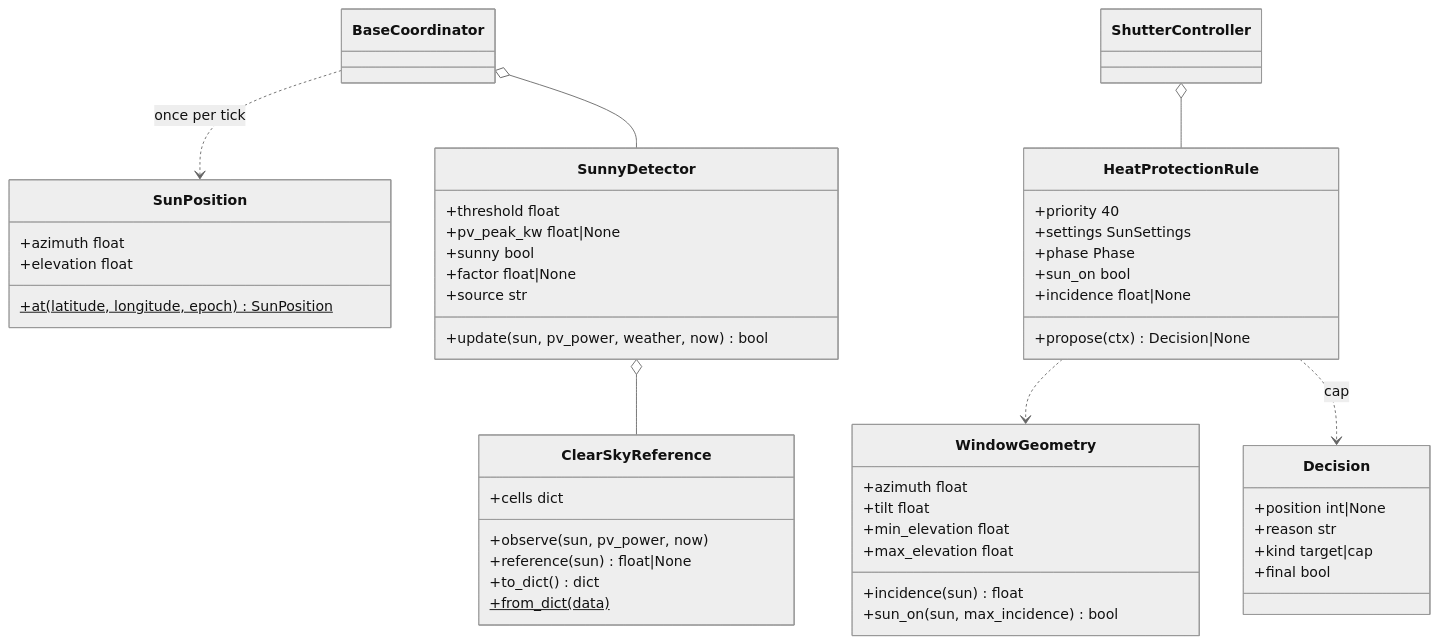
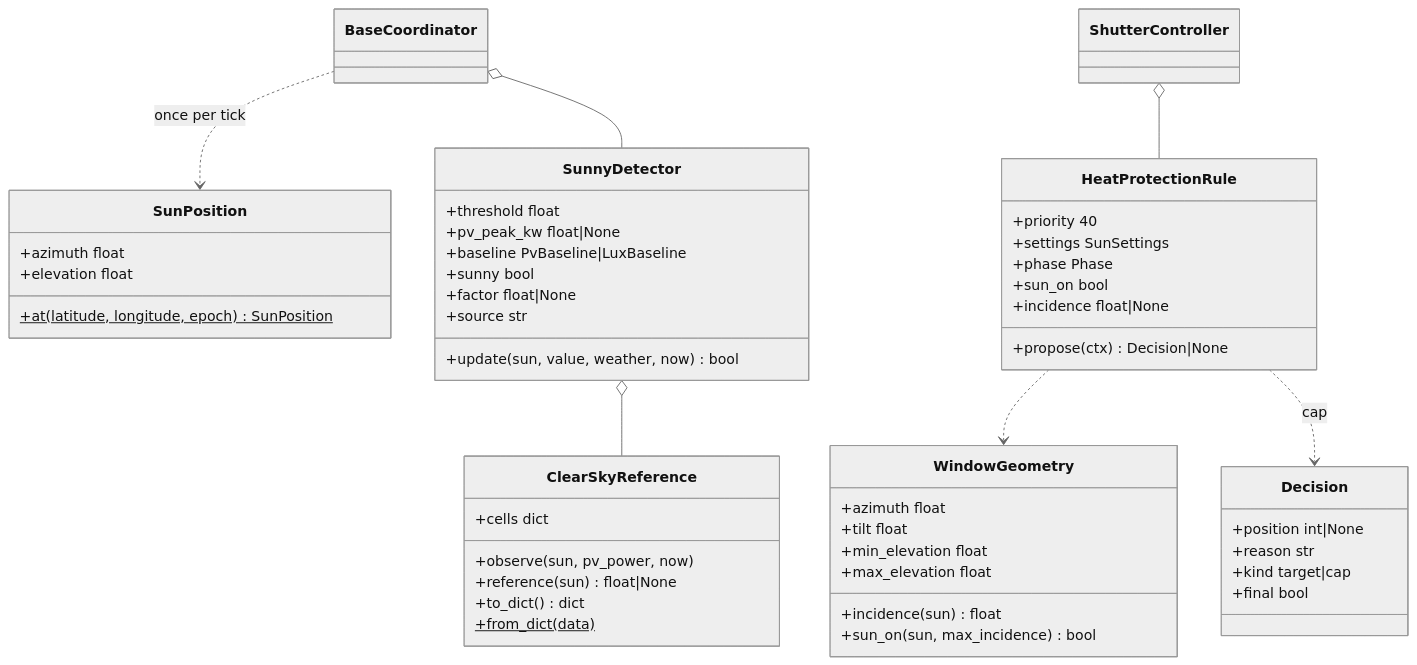
Diagram 11 of 22 in docs/architecture.md (abroeders/smart-shutter-control), drawn with Mermaid (neutral theme) before and after one commit. The commit also changed other lines of this file and 8 other files, not shown here.

````diff
--- a/docs/architecture.md
+++ b/docs/architecture.md
@@ -386,52 +386,53 @@
 ```mermaid
 classDiagram
     direction TB
     class SunPosition {
         +azimuth float
         +elevation float
         +at(latitude, longitude, epoch)$ SunPosition
     }
     class WindowGeometry {
         +azimuth float
         +tilt float
         +min_elevation float
         +max_elevation float
         +incidence(sun) float
         +sun_on(sun, max_incidence) bool
     }
     class ClearSkyReference {
         +cells dict
         +observe(sun, pv_power, now)
         +reference(sun) float|None
         +to_dict() dict
         +from_dict(data)$
     }
     class SunnyDetector {
         +threshold float
         +pv_peak_kw float|None
+        +baseline PvBaseline|LuxBaseline
         +sunny bool
         +factor float|None
         +source str
-        +update(sun, pv_power, weather, now) bool
+        +update(sun, value, weather, now) bool
     }
     class HeatProtectionRule {
         +priority 40
         +settings SunSettings
         +phase Phase
         +sun_on bool
         +incidence float|None
         +propose(ctx) Decision|None
     }
     class Decision {
         +position int|None
         +reason str
         +kind target|cap
         +final bool
     }
     SunnyDetector o-- ClearSkyReference
     HeatProtectionRule ..> WindowGeometry
     HeatProtectionRule ..> Decision : cap
     BaseCoordinator o-- SunnyDetector
     BaseCoordinator ..> SunPosition : once per tick
     ShutterController o-- HeatProtectionRule
 ```
````
